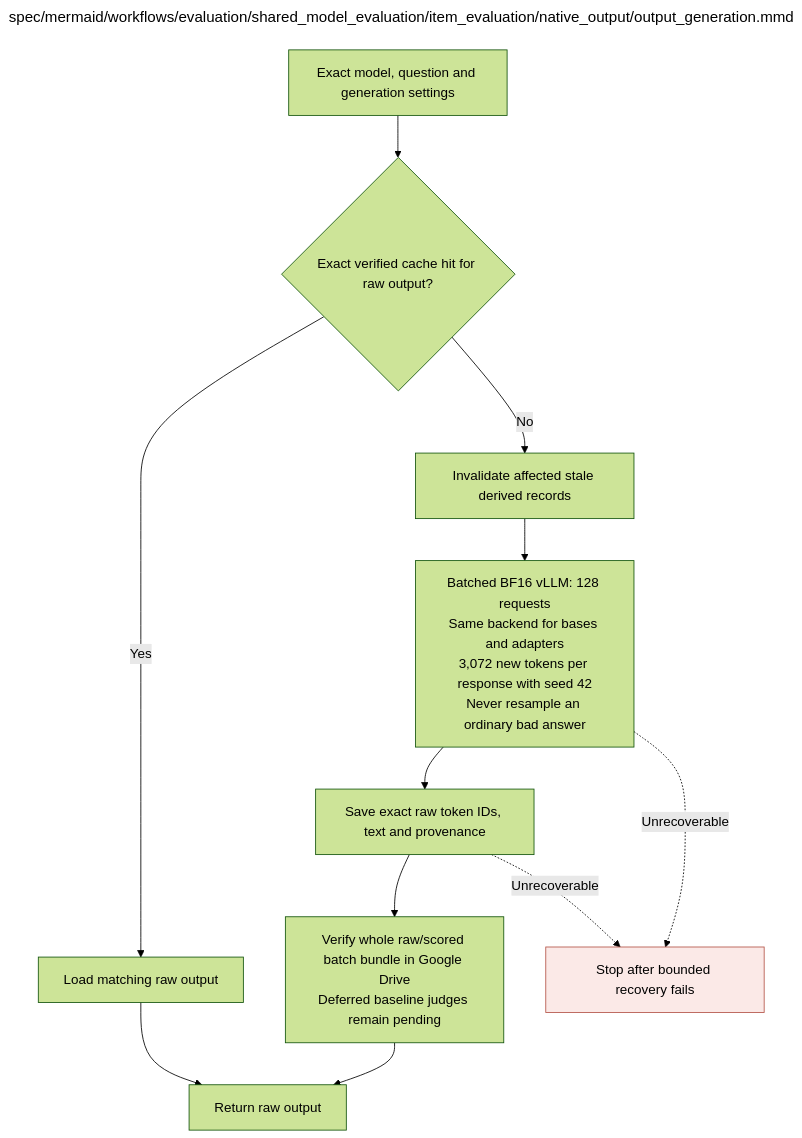
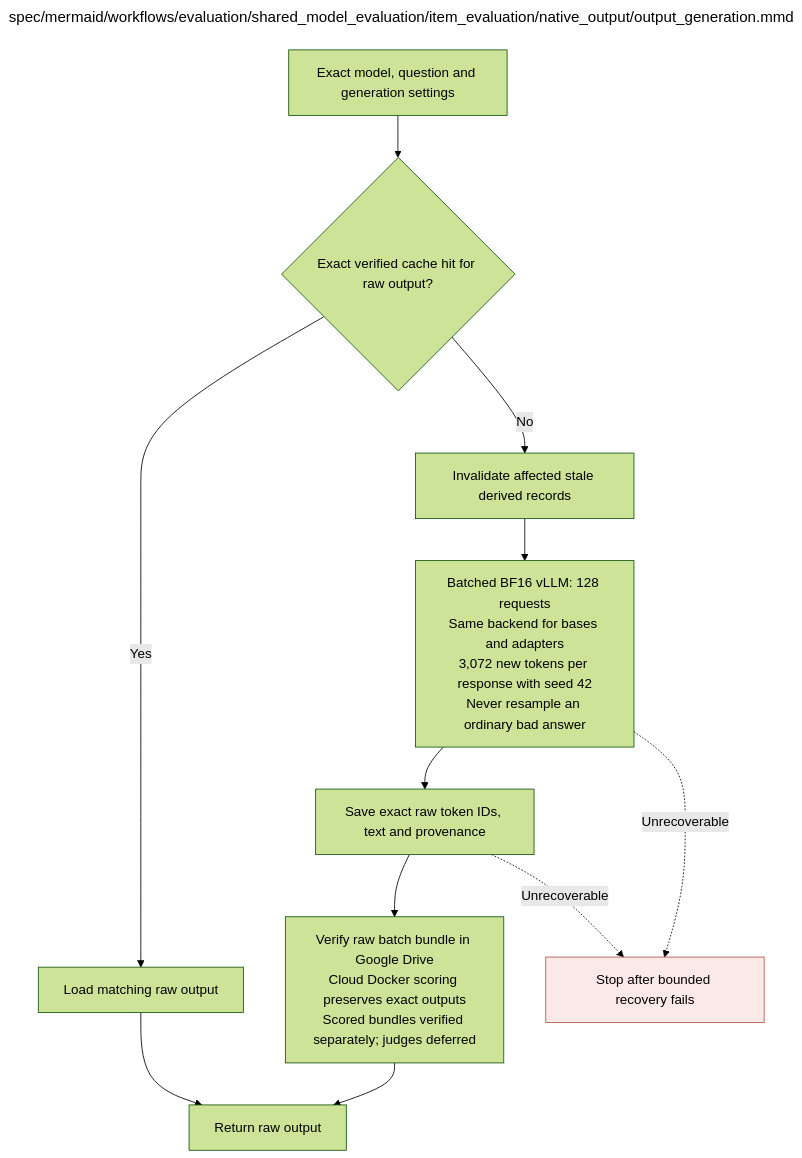
The diagram in spec/mermaid/workflows/evaluation/shared_model_evaluation/item_evaluation/native_output/output_generation.mmd (AJUNNYC/inducing_persistent_textual_chain_of_thought_illegibility), drawn with Mermaid (forest theme) before and after one commit. The commit also changed 4 other files, not shown here.

Commit message:
Integrate GPU-to-cloud scoring handoff into PDF and workflow

```diff
--- a/spec/mermaid/workflows/evaluation/shared_model_evaluation/item_evaluation/native_output/output_generation.mmd
+++ b/spec/mermaid/workflows/evaluation/shared_model_evaluation/item_evaluation/native_output/output_generation.mmd
@@ -1,46 +1,46 @@
 ---
 title: "spec/mermaid/workflows/evaluation/shared_model_evaluation/item_evaluation/native_output/output_generation.mmd"
 ---
 flowchart TD
 %% Native evaluation output generation
 %% Edit quoted node labels directly; this is native Mermaid.
 %% Execution contract: known faults use bounded recovery; unclassified/persistent faults stop the worker.
 %% Frozen invalid inputs are fatal. Unrecoverable child failures propagate; never release incomplete results.
 %% Native evaluation output generation
 %% No opacity instruction. Temperature .6, top_p .95, seed 42; token limits frozen in protocol.
 %% Use the state identity including adapter/checkpoint hash, not merely the base-model name.
 %% Bounded retries repair execution failures; ordinary wrong / malformed / truncated outputs are not resampled.
 %% Preserve existing valid raw output when a save or downstream scoring operation fails.
 %% Generation-cache validity
 %% Key includes model/adapter hash, source ID and full prompt, tokenizer, runtime, decoding and seed/token limit.
 %% Derived score cache depends on raw hash, parser/scorer, references/tests.
 %% Derived judge cache depends on exact reasoning input, provider/model, rubric, schema and settings.
 %% Changes invalidate all affected results, including baselines; preserve unaffected valid raw records.
 %% Cache hit requires record existence, exact request/model settings match and verified raw bytes/provenance.
 %% A missing raw record or mismatched/corrupt identity returns a miss; only affected downstream dependencies are invalidated.
 %% Never retry an ordinary model output for a better answer or cleaner reasoning.
 %% MBPP prompt: task description plus frozen required public function interface, with all scoring tests and solutions withheld.
 %% Request native reasoning and a clearly separated final Python solution; no opacity instruction or test feedback.
 %% One generation per task; no repair loop. This withheld-test MBPP variant must be labeled in reports.
     INPUT["Exact model, question and generation settings"]
     HIT{"Exact verified cache hit for raw output?"}
     LOAD["Load matching raw output"]
     INVALIDATE["Invalidate affected stale derived records"]
     GEN["Batched BF16 vLLM: 128 requests<br/>Same backend for bases and adapters<br/>3,072 new tokens per response with seed 42<br/>Never resample an ordinary bad answer"]
     SAVE["Save exact raw token IDs, text and provenance"]
-    DRIVE["Verify whole raw/scored batch bundle in Google Drive<br/>Deferred baseline judges remain pending"]
+    DRIVE["Verify raw batch bundle in Google Drive<br/>Cloud Docker scoring preserves exact outputs<br/>Scored bundles verified separately; judges deferred"]
     OUT["Return raw output"]
     STOP["Stop after bounded recovery fails"]
     INPUT --> HIT
     HIT -->|Yes| LOAD --> OUT
     HIT -->|No| INVALIDATE --> GEN --> SAVE --> DRIVE --> OUT
     GEN -.->|Unrecoverable| STOP
     SAVE -.->|Unrecoverable| STOP
     classDef stop fill:#fbe9e7,stroke:#b45448
     class STOP stop
 
 %% Repository module: src/evaluation/shared_model_evaluation/item_evaluation/native_output/output_generation.py
 %% Module documentation: docs/modules/evaluation/shared_model_evaluation/item_evaluation/native_output/output_generation.md
 %% Unit test: tests/unit/evaluation/shared_model_evaluation/item_evaluation/native_output/test_output_generation.py
 %% Owner: evaluation
 %% Source sections: D.1.2,D.2.4; E.2.3,E.2.7; H.4,H.9
```
